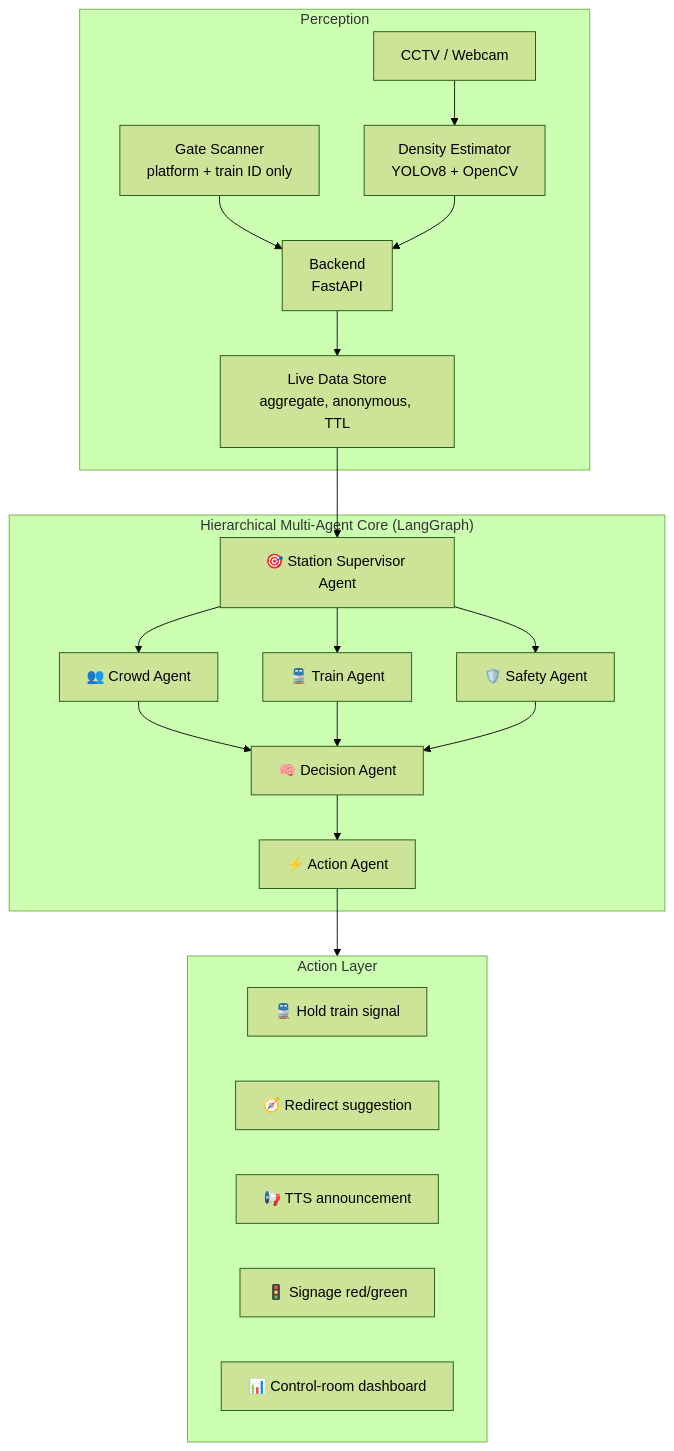
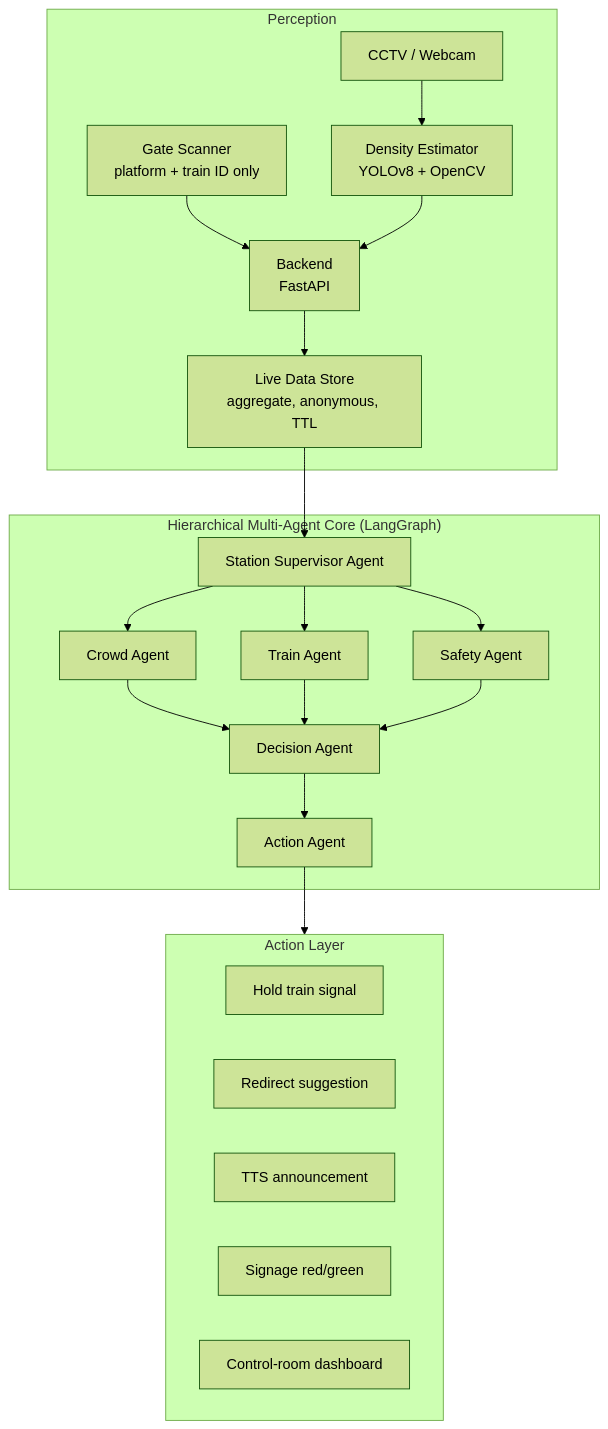
Before and after one commit to HarshdeepAthawale/Autonomous-Platform-Crowd-Balancing-Agent: the diagram in readme.md, drawn with Mermaid (forest theme). The commit also changed other lines of this file, not shown here.

````diff
--- a/readme.md
+++ b/readme.md
@@ -62,27 +62,27 @@
 ```mermaid
 flowchart TD
     subgraph Perception
         GS["Gate Scanner<br/>platform + train ID only"] --> BE["Backend<br/>FastAPI"]
         CAM["CCTV / Webcam"] --> CV["Density Estimator<br/>YOLOv8 + OpenCV"]
         CV --> BE
         BE --> LDS["Live Data Store<br/>aggregate, anonymous, TTL"]
     end
-    LDS --> SUP["🎯 Station Supervisor Agent"]
+    LDS --> SUP["Station Supervisor Agent"]
     subgraph Decision["Hierarchical Multi-Agent Core (LangGraph)"]
-        SUP --> CR["👥 Crowd Agent"]
-        SUP --> TR["🚆 Train Agent"]
-        SUP --> SA["🛡️ Safety Agent"]
-        CR --> DEC["🧠 Decision Agent"]
+        SUP --> CR["Crowd Agent"]
+        SUP --> TR["Train Agent"]
+        SUP --> SA["Safety Agent"]
+        CR --> DEC["Decision Agent"]
         TR --> DEC
         SA --> DEC
-        DEC --> AA["⚡ Action Agent"]
+        DEC --> AA["Action Agent"]
     end
     AA --> ACT
     subgraph ACT["Action Layer"]
-        HOLD["🚆 Hold train signal"]
-        RED["🧭 Redirect suggestion"]
-        TTS["📢 TTS announcement"]
-        SIGN["🚦 Signage red/green"]
-        DASH["📊 Control-room dashboard"]
+        HOLD["Hold train signal"]
+        RED["Redirect suggestion"]
+        TTS["TTS announcement"]
+        SIGN["Signage red/green"]
+        DASH["Control-room dashboard"]
     end
 ```
````
